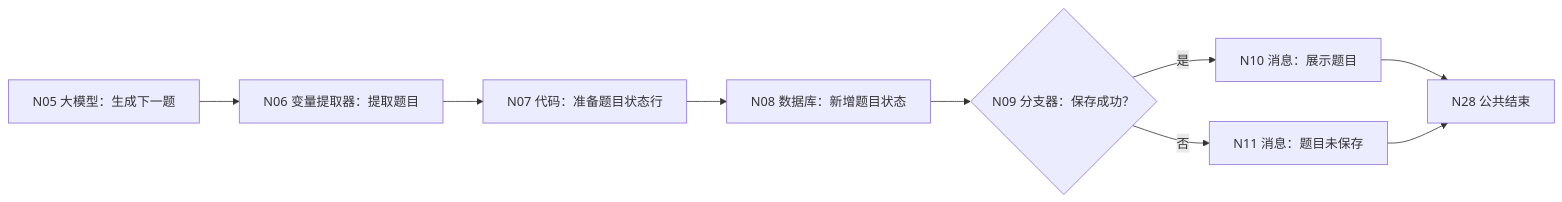
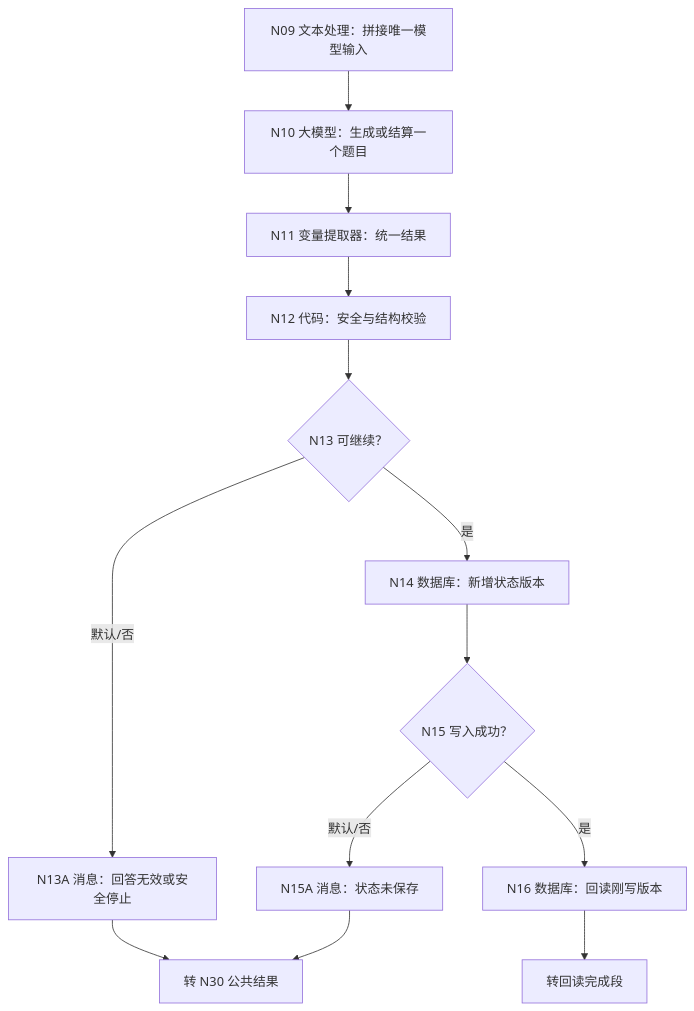
The second of 3 diagrams in docs/workflows/WF-03-survival-adventure.md (caoyue0115/university-life-planning-simulator), drawn with Mermaid before and after one commit. The commit also changed other lines of this file and 15 other files, not shown here.

````diff
--- a/docs/workflows/WF-03-survival-adventure.md
+++ b/docs/workflows/WF-03-survival-adventure.md
@@ -38,11 +61,15 @@
 ```mermaid
-flowchart LR
-    N05["N05 大模型：生成下一题"] --> N06["N06 变量提取器：提取题目"]
-    N06 --> N07["N07 代码：准备题目状态行"]
-    N07 --> N08["N08 数据库：新增题目状态"]
-    N08 --> N09{"N09 分支器：保存成功？"}
-    N09 -->|是| N10["N10 消息：展示题目"]
-    N09 -->|否| N11["N11 消息：题目未保存"]
-    N10 --> N28["N28 公共结束"]
-    N11 --> N28
+flowchart TD
+    N09["N09 文本处理：拼接唯一模型输入"] --> N10["N10 大模型：生成或结算一个题目"]
+    N10 --> N11["N11 变量提取器：统一结果"]
+    N11 --> N12["N12 代码：安全与结构校验"]
+    N12 --> N13{"N13 可继续？"}
+    N13 -->|默认/否| N13A["N13A 消息：回答无效或安全停止"]
+    N13 -->|是| N14["N14 数据库：新增状态版本"]
+    N14 --> N15{"N15 写入成功？"}
+    N15 -->|默认/否| N15A["N15A 消息：状态未保存"]
+    N15 -->|是| N16["N16 数据库：回读刚写版本"]
+    N13A --> R["转 N30 公共结果"]
+    N15A --> R
+    N16 --> R2["转回读完成段"]
 ```
````
